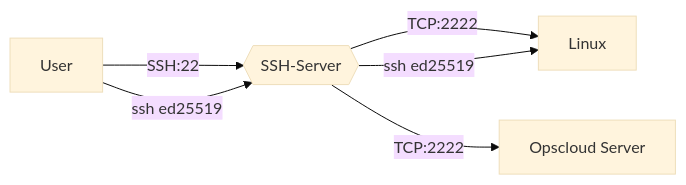
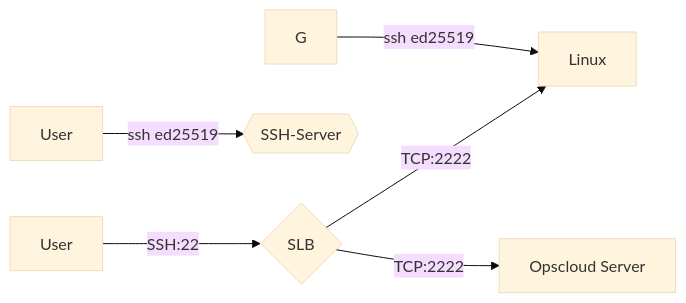
The diagram in README.md (ixrjog/opscloud4), drawn with Mermaid (base theme) before and after one commit.

Commit message:
修改readme

````diff
--- a/README.md
+++ b/README.md
@@ -49,9 +49,9 @@
 ```mermaid
 flowchart LR
     A[User] -->|SSH:22| B{SLB}
     B-->|TCP:2222| C[Opscloud Server] 
     B-->|TCP:2222| D[Opscloud Server] 
     
-    A[User] -->|ssh ed25519 | B{{SSH-Server}}
-    B-->|ssh ed25519| C[Linux] 
+    E[User] -->|ssh ed25519 | F{{SSH-Server}}
+    G-->|ssh ed25519| C[Linux] 
 ```
````
